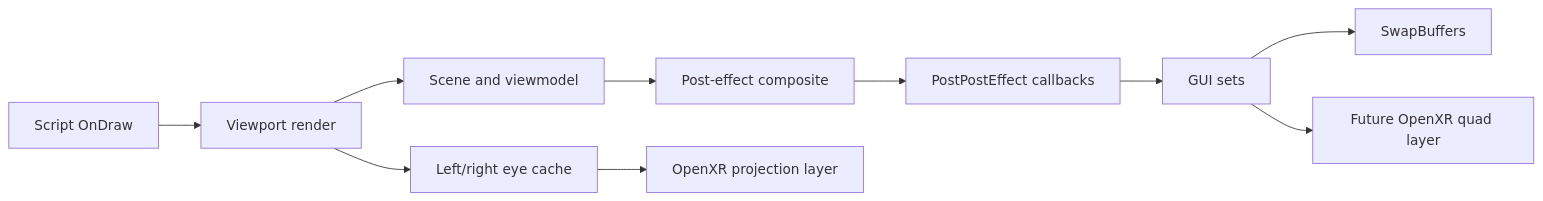
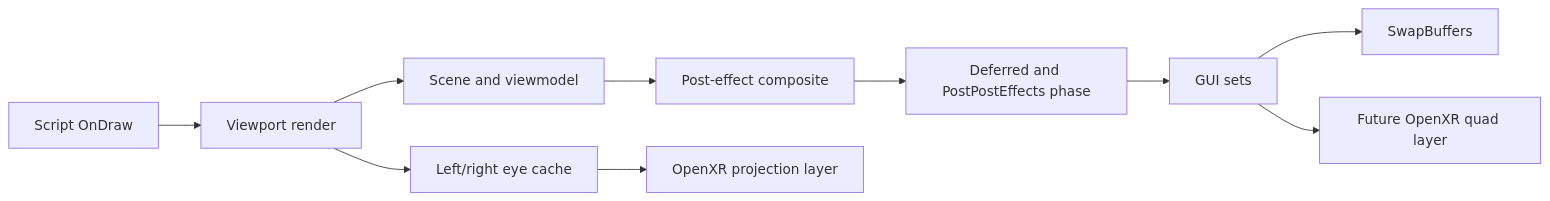
One commit to phunkaeg/SOMAVR changed the diagram in docs/FUTURE_SYSTEMS_RE.md. Above: the diagram before and after it, drawn with Mermaid. The commit also changed other lines of this file and 21 other files, not shown here.

````diff
--- a/docs/FUTURE_SYSTEMS_RE.md
+++ b/docs/FUTURE_SYSTEMS_RE.md
@@ -519,12 +519,12 @@
 ```mermaid
 flowchart LR
     A[Script OnDraw] --> B[Viewport render]
     B --> C[Scene and viewmodel]
     C --> D[Post-effect composite]
-    D --> E[PostPostEffect callbacks]
+    D --> E[Deferred and PostPostEffects phase]
     E --> F[GUI sets]
     F --> G[SwapBuffers]
     B --> H[Left/right eye cache]
     H --> I[OpenXR projection layer]
     F --> J[Future OpenXR quad layer]
 ```
````
